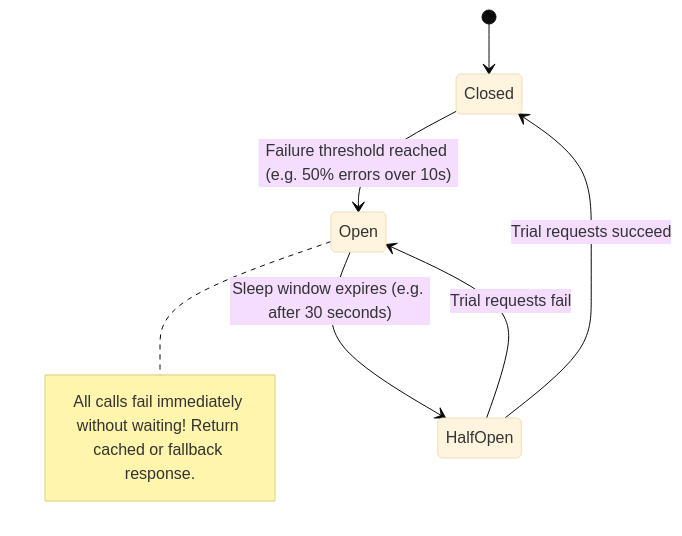
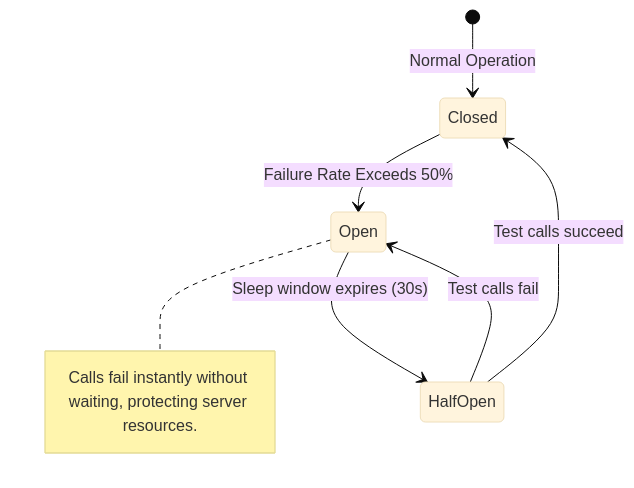
Before and after one commit to Sujalkathait/high-level-design: the eighth of 9 diagrams in server.md, drawn with Mermaid (base theme). The commit also changed other lines of this file, not shown here.

Commit message:
docs: simplify server guide, add free vs paid comparison, and clean formatting

````diff
--- a/server.md
+++ b/server.md
@@ -638,9 +551,9 @@
 ```mermaid
 stateDiagram-v2
-    [*] --> Closed
-    Closed --> Open : Failure threshold reached (e.g. 50% errors over 10s)
-    note right of Open: All calls fail immediately without waiting! Return cached or fallback response.
-    Open --> HalfOpen : Sleep window expires (e.g. after 30 seconds)
-    HalfOpen --> Closed : Trial requests succeed
-    HalfOpen --> Open : Trial requests fail
+    [*] --> Closed : Normal Operation
+    Closed --> Open : Failure Rate Exceeds 50%
+    note right of Open: Calls fail instantly without waiting, protecting server resources.
+    Open --> HalfOpen : Sleep window expires (30s)
+    HalfOpen --> Closed : Test calls succeed
+    HalfOpen --> Open : Test calls fail
 ```
````
